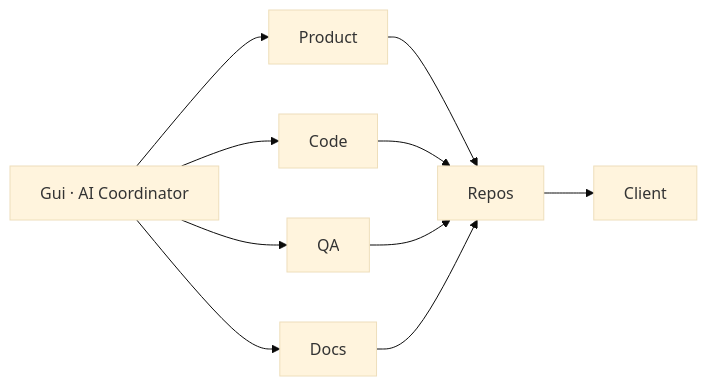
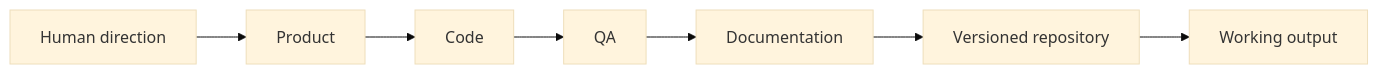
The diagram in README.md (lughlammas/lughlammas), drawn with Mermaid (base theme) before and after one commit. The commit also changed other lines of this file, not shown here.

````diff
--- a/README.md
+++ b/README.md
@@ -74,12 +51,9 @@
 ```mermaid
 flowchart LR
-  C[Gui · AI Coordinator] --> P[Product]
-  C --> D[Code]
-  C --> Q[QA]
-  C --> Doc[Docs]
-  P --> R[Repos]
-  D --> R
-  Q --> R
-  Doc --> R
-  R --> M[Client]
+  H["Human direction"] --> P["Product"]
+  P --> C["Code"]
+  C --> Q["QA"]
+  Q --> D["Documentation"]
+  D --> R["Versioned repository"]
+  R --> O["Working output"]
 ```
````
